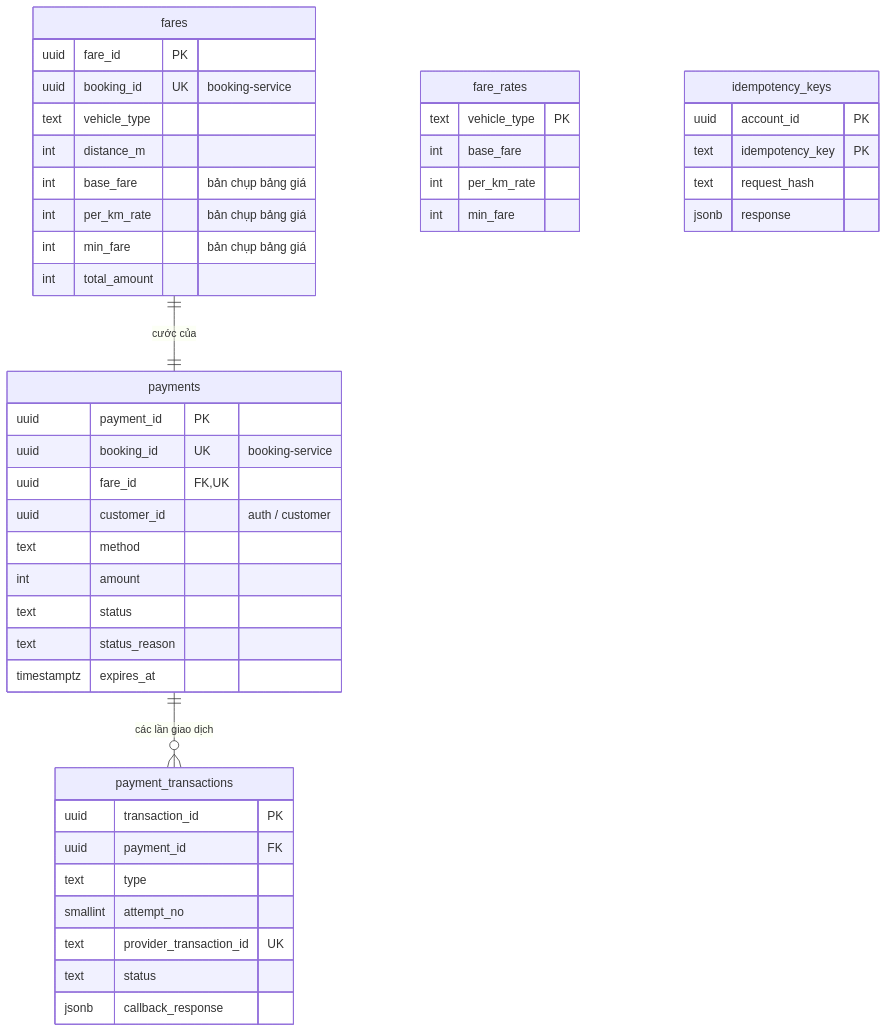
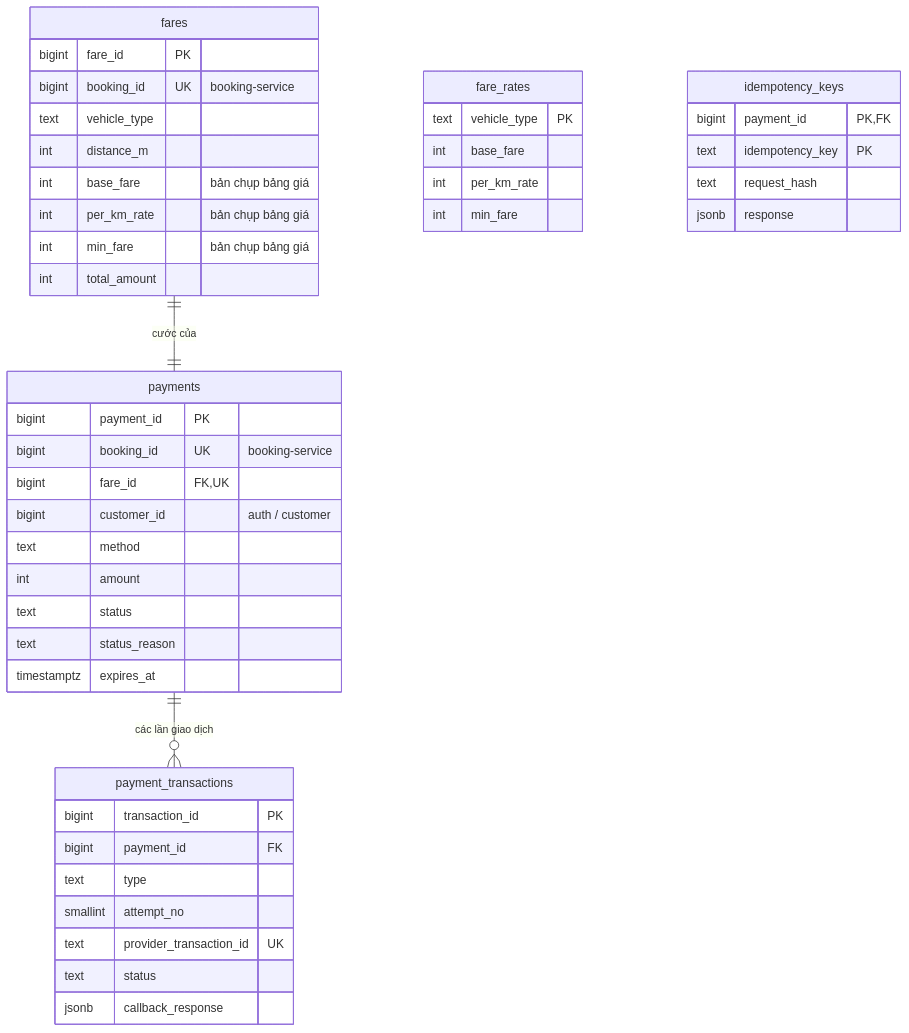
Before and after one commit to nghuuduc21/23699411_NguyenHuuDuc_CabSystem: the sixth of 8 diagrams in docs/design/03-du-lieu.md, drawn with Mermaid. The commit also changed other lines of this file and 21 other files, not shown here.

````diff
--- a/docs/design/03-du-lieu.md
+++ b/docs/design/03-du-lieu.md
@@ -542,47 +561,47 @@
 ```mermaid
 erDiagram
   fares ||--|| payments : "cước của"
   payments ||--o{ payment_transactions : "các lần giao dịch"
   fare_rates {
     text vehicle_type PK
     int base_fare
     int per_km_rate
     int min_fare
   }
   fares {
-    uuid fare_id PK
-    uuid booking_id UK "booking-service"
+    bigint fare_id PK
+    bigint booking_id UK "booking-service"
     text vehicle_type
     int distance_m
     int base_fare "bản chụp bảng giá"
     int per_km_rate "bản chụp bảng giá"
     int min_fare "bản chụp bảng giá"
     int total_amount
   }
   payments {
-    uuid payment_id PK
-    uuid booking_id UK "booking-service"
-    uuid fare_id FK, UK
-    uuid customer_id "auth / customer"
+    bigint payment_id PK
+    bigint booking_id UK "booking-service"
+    bigint fare_id FK, UK
+    bigint customer_id "auth / customer"
     text method
     int amount
     text status
     text status_reason
     timestamptz expires_at
   }
   payment_transactions {
-    uuid transaction_id PK
-    uuid payment_id FK
+    bigint transaction_id PK
+    bigint payment_id FK
     text type
     smallint attempt_no
     text provider_transaction_id UK
     text status
     jsonb callback_response
   }
   idempotency_keys {
-    uuid account_id PK
+    bigint payment_id PK, FK
     text idempotency_key PK
     text request_hash
     jsonb response
   }
 ```
````
